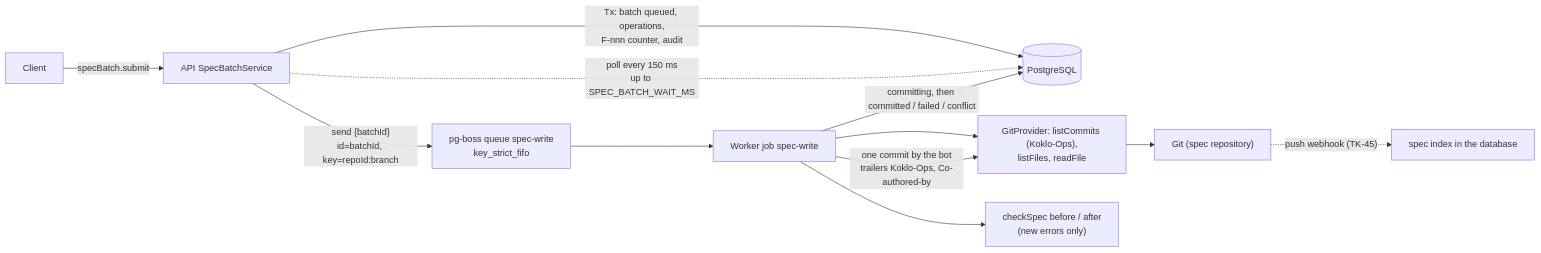
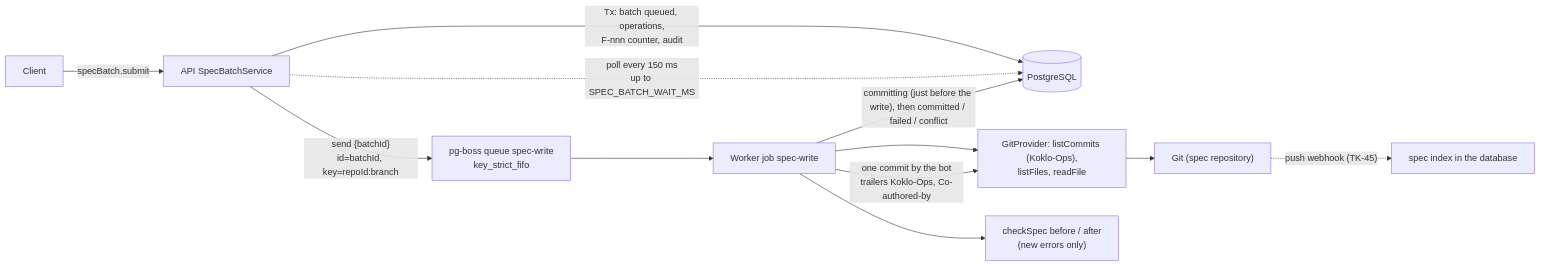
Before and after one commit to koklo-dev/koklo: diagram 26 of 32 in docs/architecture.md, drawn with Mermaid. The commit also changed other lines of this file and 5 other files, not shown here.

Commit message:
fix(worker): keep the spec batch queued until just before the commit is written

````diff
--- a/docs/architecture.md
+++ b/docs/architecture.md
@@ -803,14 +803,14 @@
 ```mermaid
 flowchart LR
   C["Client"] -->|"specBatch.submit"| A["API SpecBatchService"]
   A -->|"Tx: batch queued, operations,<br/>F-nnn counter, audit"| D[("PostgreSQL")]
   A -->|"send {batchId}<br/>id=batchId, key=repoId:branch"| Q["pg-boss queue spec-write<br/>key_strict_fifo"]
   A -. "poll every 150 ms<br/>up to SPEC_BATCH_WAIT_MS" .-> D
   Q --> W["Worker job spec-write"]
-  W -->|"committing, then committed / failed / conflict"| D
+  W -->|"committing (just before the write), then committed / failed / conflict"| D
   W --> P["GitProvider: listCommits (Koklo-Ops),<br/>listFiles, readFile"]
   W --> V["checkSpec before / after<br/>(new errors only)"]
   W -->|"one commit by the bot<br/>trailers Koklo-Ops, Co-authored-by"| P
   P --> G["Git (spec repository)"]
   G -. "push webhook (TK-45)" .-> I["spec index in the database"]
 ```
````
